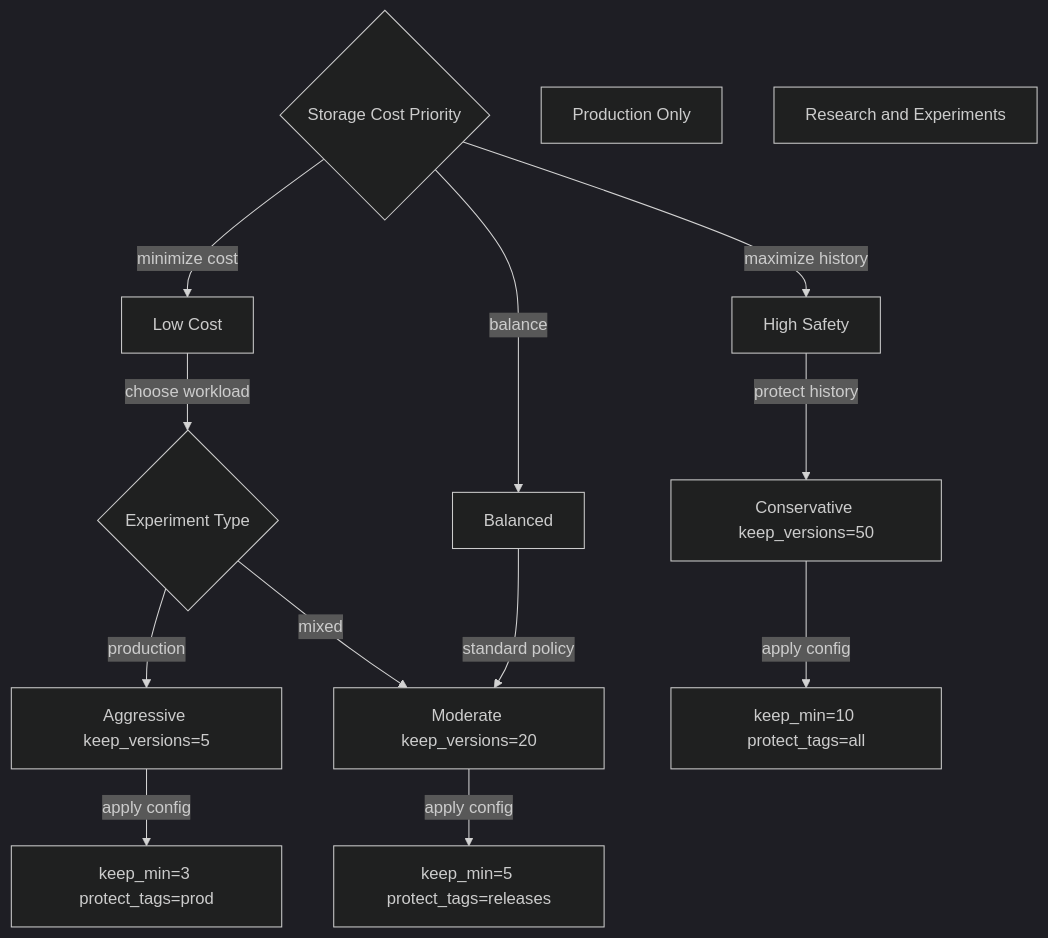
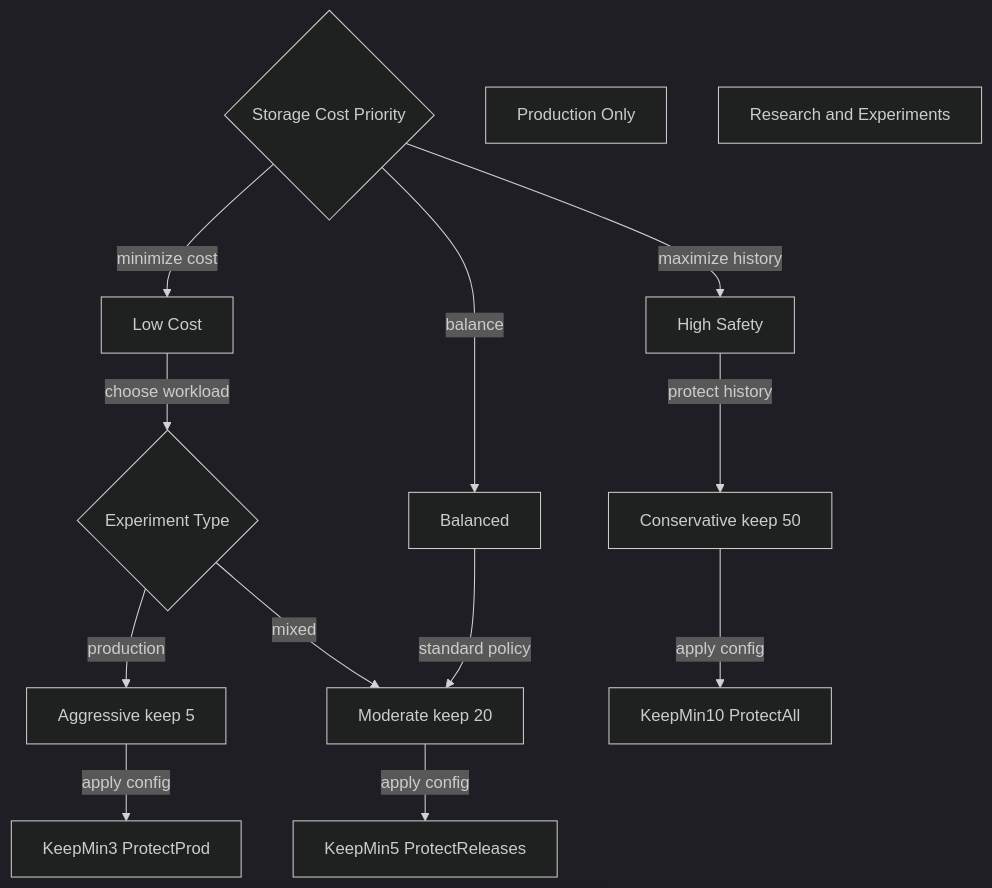
The fifth of 5 diagrams in documents/product/deployment.md (Tuee22/SpectralMC), drawn with Mermaid (dark theme) before and after one commit. The commit also changed other lines of this file and 68 other files, not shown here.

````diff
--- a/documents/product/deployment.md
+++ b/documents/product/deployment.md
@@ -636,30 +650,30 @@
 ```mermaid
 flowchart TB
   Start{Storage Cost Priority}
   LowCost[Low Cost]
   Balance[Balanced]
   HighSafety[High Safety]
 
   CheckExpType{Experiment Type}
   Production[Production Only]
   Research[Research and Experiments]
 
-  Aggressive[Aggressive keep_versions=5]
-  Moderate[Moderate keep_versions=20]
-  Conservative[Conservative keep_versions=50]
+  Aggressive[Aggressive keep 5]
+  Moderate[Moderate keep 20]
+  Conservative[Conservative keep 50]
 
   Start -->|minimize cost| LowCost
   Start -->|balance| Balance
   Start -->|maximize history| HighSafety
 
   LowCost -->|choose workload| CheckExpType
   CheckExpType -->|production| Aggressive
   CheckExpType -->|mixed| Moderate
 
   Balance -->|standard policy| Moderate
   HighSafety -->|protect history| Conservative
 
-  Aggressive -->|apply config| AggressiveConfig[keep_min=3 protect_tags=prod]
-  Moderate -->|apply config| ModerateConfig[keep_min=5 protect_tags=releases]
-  Conservative -->|apply config| ConservativeConfig[keep_min=10 protect_tags=all]
+  Aggressive -->|apply config| AggressiveConfig[KeepMin3 ProtectProd]
+  Moderate -->|apply config| ModerateConfig[KeepMin5 ProtectReleases]
+  Conservative -->|apply config| ConservativeConfig[KeepMin10 ProtectAll]
 ```
````
